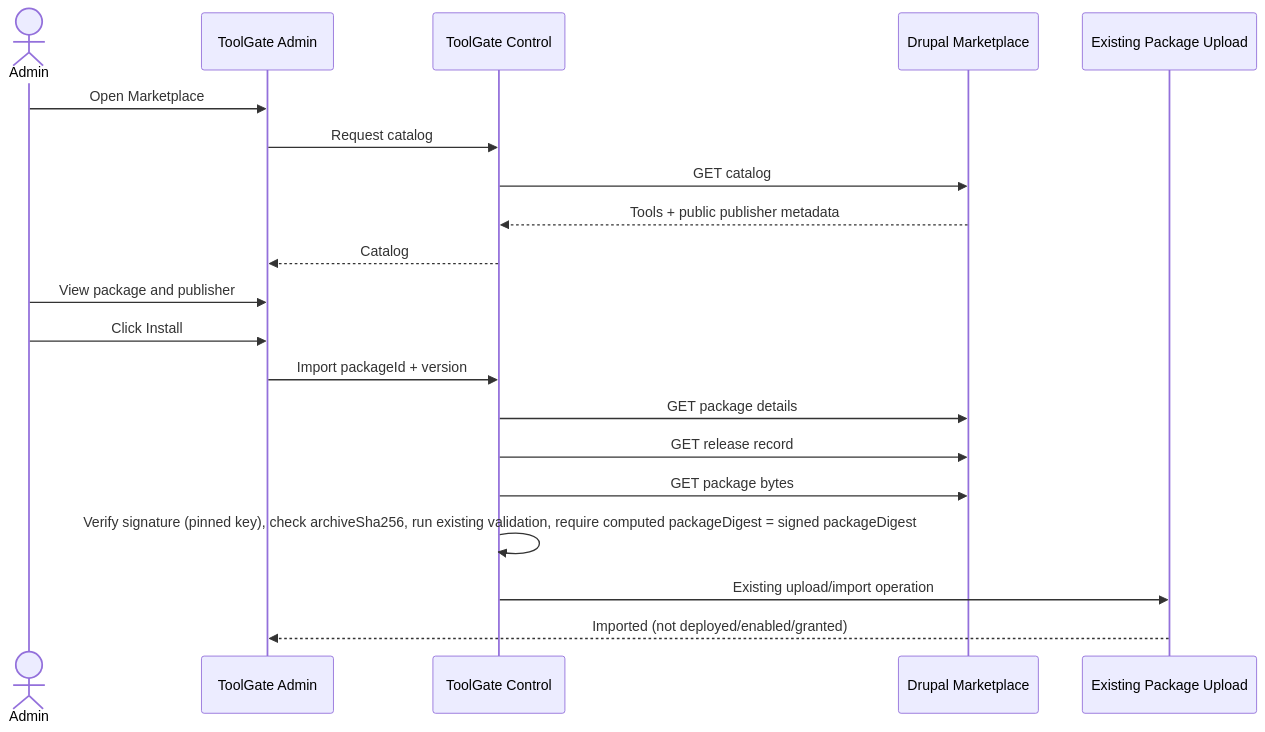
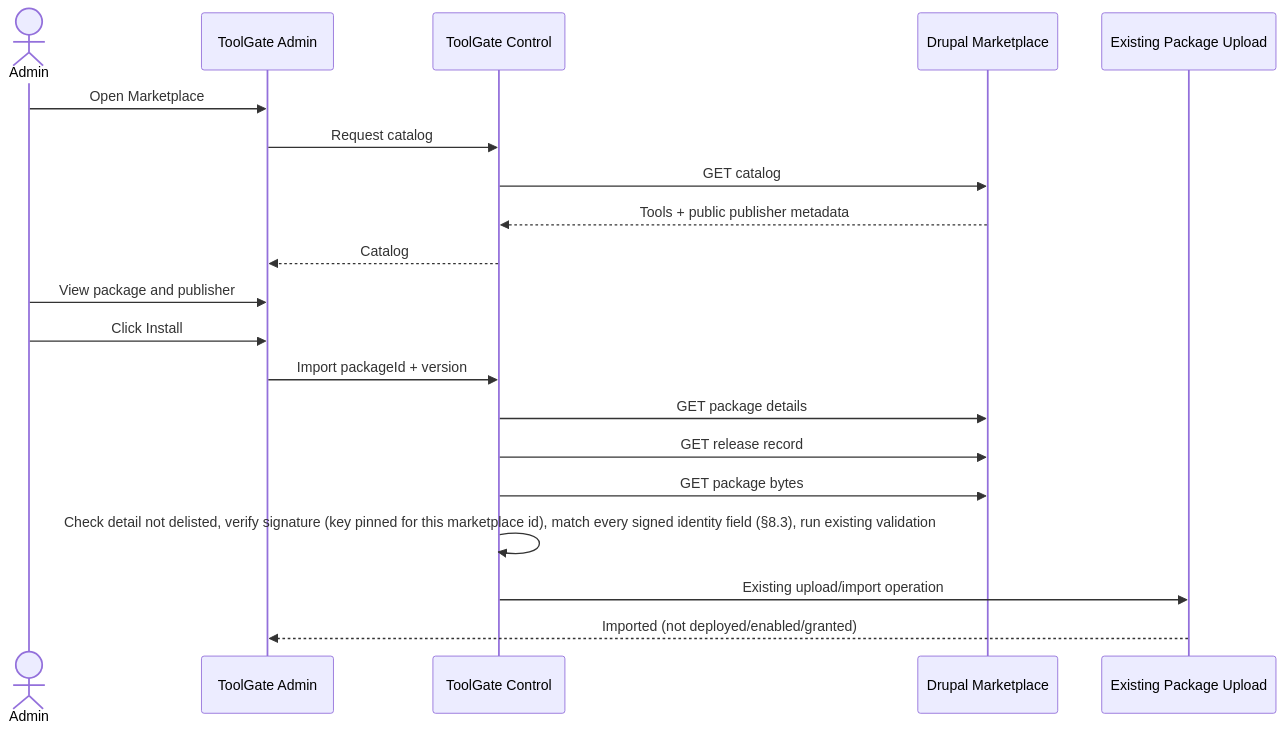
The second of 2 diagrams in marketplace/docs/design.md (Aaqibhafeezkhan/olo-toolgate), drawn with Mermaid before and after one commit. The commit also changed other lines of this file, not shown here.

First line of the commit message:
docs(marketplace): design 1.2, apply P0-P2 review (signing authorization, immutable slug, import identity, caching, validators)

````diff
--- a/marketplace/docs/design.md
+++ b/marketplace/docs/design.md
@@ -389,22 +405,22 @@
 ```mermaid
 sequenceDiagram
     actor Admin
     participant UI as ToolGate Admin
     participant Control as ToolGate Control
     participant Drupal as Drupal Marketplace
     participant Existing as Existing Package Upload
     Admin->>UI: Open Marketplace
     UI->>Control: Request catalog
     Control->>Drupal: GET catalog
     Drupal-->>Control: Tools + public publisher metadata
     Control-->>UI: Catalog
     Admin->>UI: View package and publisher
     Admin->>UI: Click Install
     UI->>Control: Import packageId + version
     Control->>Drupal: GET package details
     Control->>Drupal: GET release record
     Control->>Drupal: GET package bytes
-    Control->>Control: Verify signature (pinned key), check archiveSha256, run existing validation, require computed packageDigest = signed packageDigest
+    Control->>Control: Check detail not delisted, verify signature (key pinned for this marketplace id), match every signed identity field (§8.3), run existing validation
     Control->>Existing: Existing upload/import operation
     Existing-->>UI: Imported (not deployed/enabled/granted)
 ```
````
